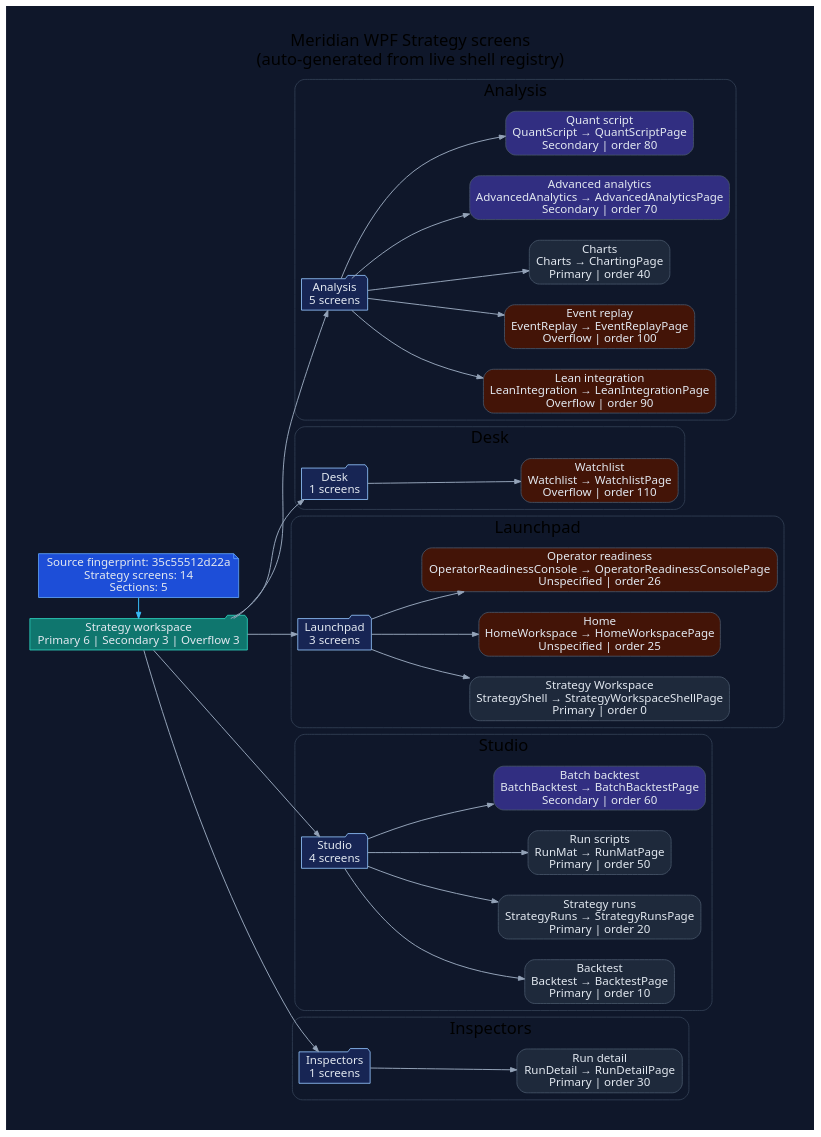
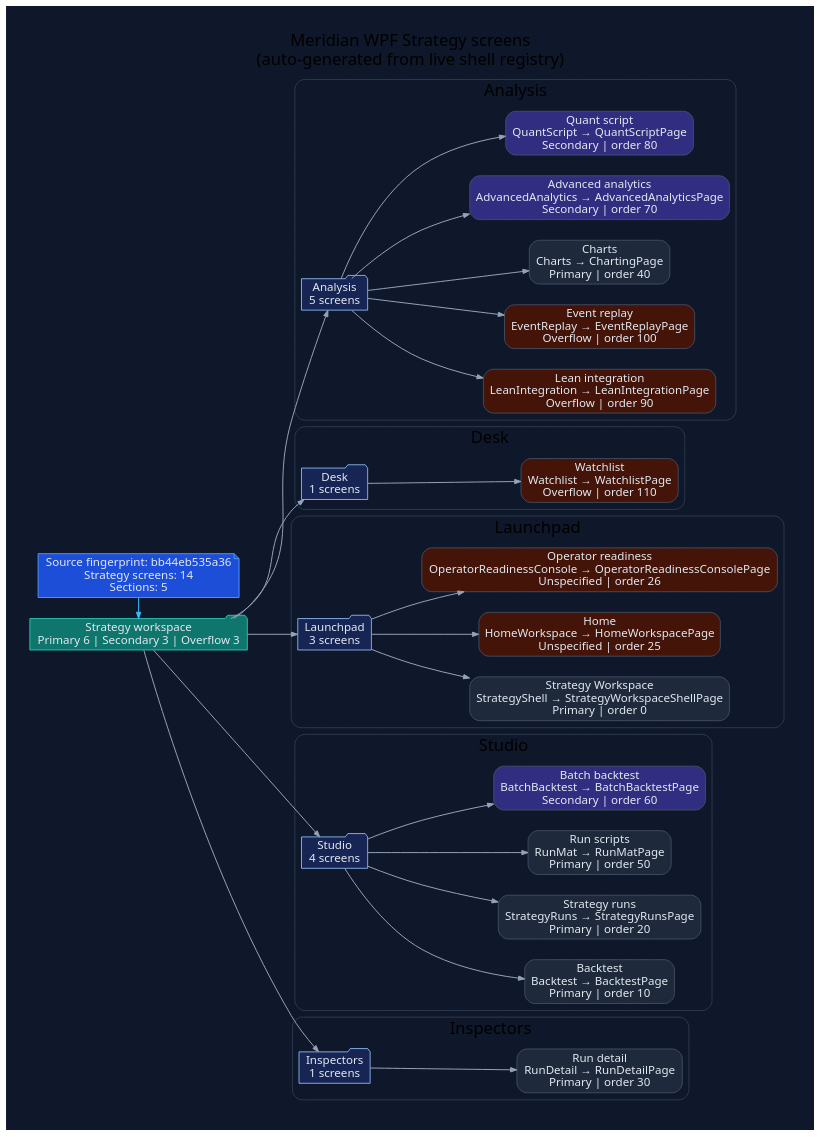
Before and after one commit to rodoHasArrived/Meridian-main: the diagram in docs/diagrams/ui/ui-wpf-screens-strategy.dot, drawn with Graphviz. The commit also changed 45 other files, not shown here.

Commit message:
Refresh generated WPF source fingerprints from hosted regeneration

```diff
--- a/docs/diagrams/ui/ui-wpf-screens-strategy.dot
+++ b/docs/diagrams/ui/ui-wpf-screens-strategy.dot
@@ -1,94 +1,94 @@
 // -----------------------------------------------------------------------------
 // <auto-generated>
 // Generated by scripts/generate-diagrams.mjs.
 // Do not edit this file directly; update the WPF source files instead.
 // -----------------------------------------------------------------------------
 digraph WpfStrategyScreens {
   graph [
     rankdir=LR,
     labelloc=t,
     label="Meridian WPF Strategy screens\n(auto-generated from live shell registry)",
     fontname="Segoe UI",
     fontsize=20,
     pad=0.4,
     nodesep=0.35,
     ranksep=0.85,
     bgcolor="#0f172a"
   ];
   node [fontname="Segoe UI", shape=box, style="rounded,filled", color="#475569", fontcolor="#e2e8f0", fillcolor="#1e293b"];
   edge [fontname="Segoe UI", color="#94a3b8", penwidth=1.2, arrowsize=0.75];
 
-  generated [shape=note, fillcolor="#1d4ed8", color="#60a5fa", label="Source fingerprint: 35c55512d22a\nStrategy screens: 14\nSections: 5"];
+  generated [shape=note, fillcolor="#1d4ed8", color="#60a5fa", label="Source fingerprint: bb44eb535a36\nStrategy screens: 14\nSections: 5"];
   workspace [shape=folder, fillcolor="#0f766e", color="#2dd4bf", label="Strategy workspace\nPrimary 6 | Secondary 3 | Overflow 3"];
   generated -> workspace [color="#38bdf8"];
 
   subgraph cluster_section_1 {
     label="Analysis";
     color="#334155";
     style="rounded";
     section_1 [shape=folder, fillcolor="#172554", color="#93c5fd", label="Analysis\n5 screens"];
     workspace -> section_1;
     screen_LeanIntegration [fillcolor="#431407", label="Lean integration\nLeanIntegration → LeanIntegrationPage\nOverflow | order 90"];
     section_1 -> screen_LeanIntegration;
     screen_EventReplay [fillcolor="#431407", label="Event replay\nEventReplay → EventReplayPage\nOverflow | order 100"];
     section_1 -> screen_EventReplay;
     screen_Charts [fillcolor="#1e293b", label="Charts\nCharts → ChartingPage\nPrimary | order 40"];
     section_1 -> screen_Charts;
     screen_AdvancedAnalytics [fillcolor="#312e81", label="Advanced analytics\nAdvancedAnalytics → AdvancedAnalyticsPage\nSecondary | order 70"];
     section_1 -> screen_AdvancedAnalytics;
     screen_QuantScript [fillcolor="#312e81", label="Quant script\nQuantScript → QuantScriptPage\nSecondary | order 80"];
     section_1 -> screen_QuantScript;
   }
 
   subgraph cluster_section_2 {
     label="Desk";
     color="#334155";
     style="rounded";
     section_2 [shape=folder, fillcolor="#172554", color="#93c5fd", label="Desk\n1 screens"];
     workspace -> section_2;
     screen_Watchlist [fillcolor="#431407", label="Watchlist\nWatchlist → WatchlistPage\nOverflow | order 110"];
     section_2 -> screen_Watchlist;
   }
 
   subgraph cluster_section_3 {
     label="Launchpad";
     color="#334155";
     style="rounded";
     section_3 [shape=folder, fillcolor="#172554", color="#93c5fd", label="Launchpad\n3 screens"];
     workspace -> section_3;
     screen_StrategyShell [fillcolor="#1e293b", label="Strategy Workspace\nStrategyShell → StrategyWorkspaceShellPage\nPrimary | order 0"];
     section_3 -> screen_StrategyShell;
     screen_HomeWorkspace [fillcolor="#431407", label="Home\nHomeWorkspace → HomeWorkspacePage\nUnspecified | order 25"];
     section_3 -> screen_HomeWorkspace;
     screen_OperatorReadinessConsole [fillcolor="#431407", label="Operator readiness\nOperatorReadinessConsole → OperatorReadinessConsolePage\nUnspecified | order 26"];
     section_3 -> screen_OperatorReadinessConsole;
   }
 
   subgraph cluster_section_4 {
     label="Studio";
     color="#334155";
     style="rounded";
     section_4 [shape=folder, fillcolor="#172554", color="#93c5fd", label="Studio\n4 screens"];
     workspace -> section_4;
     screen_Backtest [fillcolor="#1e293b", label="Backtest\nBacktest → BacktestPage\nPrimary | order 10"];
     section_4 -> screen_Backtest;
     screen_StrategyRuns [fillcolor="#1e293b", label="Strategy runs\nStrategyRuns → StrategyRunsPage\nPrimary | order 20"];
     section_4 -> screen_StrategyRuns;
     screen_RunMat [fillcolor="#1e293b", label="Run scripts\nRunMat → RunMatPage\nPrimary | order 50"];
     section_4 -> screen_RunMat;
     screen_BatchBacktest [fillcolor="#312e81", label="Batch backtest\nBatchBacktest → BatchBacktestPage\nSecondary | order 60"];
     section_4 -> screen_BatchBacktest;
   }
 
   subgraph cluster_section_5 {
     label="Inspectors";
     color="#334155";
     style="rounded";
     section_5 [shape=folder, fillcolor="#172554", color="#93c5fd", label="Inspectors\n1 screens"];
     workspace -> section_5;
     screen_RunDetail [fillcolor="#1e293b", label="Run detail\nRunDetail → RunDetailPage\nPrimary | order 30"];
     section_5 -> screen_RunDetail;
   }
 
   { rank=min; generated; workspace; }
 }
```
